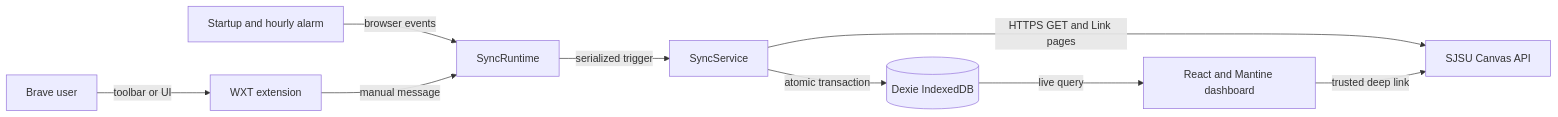
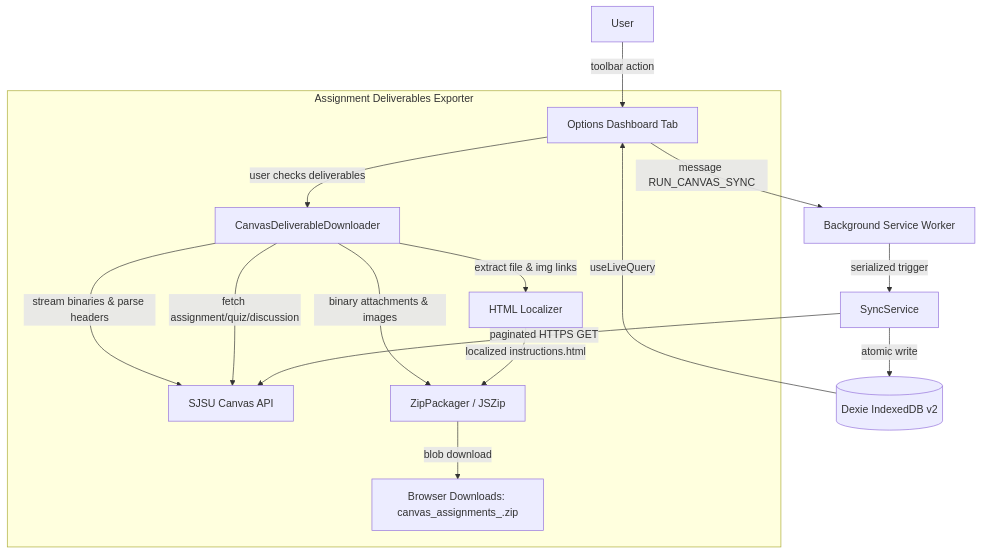
One commit to AdityaHegde712/BetterCanvasView changed the diagram in CODEBASE.md. Above: the diagram before and after it, drawn with Mermaid. The commit also changed other lines of this file and 2 other files, not shown here.

````diff
--- a/CODEBASE.md
+++ b/CODEBASE.md
@@ -23,11 +30,19 @@
 ```mermaid
-graph LR
-    User[Brave user] -->|toolbar or UI| Extension[WXT extension]
-    Alarm[Startup and hourly alarm] -->|browser events| Runtime[SyncRuntime]
-    Extension -->|manual message| Runtime
-    Runtime -->|serialized trigger| Sync[SyncService]
-    Sync -->|HTTPS GET and Link pages| Canvas[SJSU Canvas API]
-    Sync -->|atomic transaction| DB[(Dexie IndexedDB)]
-    DB -->|live query| UI[React and Mantine dashboard]
-    UI -->|trusted deep link| Canvas
+graph TD
+    User[User] -->|toolbar action| Options[Options Dashboard Tab]
+    Options -->|message RUN_CANVAS_SYNC| Background[Background Service Worker]
+    Background -->|serialized trigger| Sync[SyncService]
+    Sync -->|paginated HTTPS GET| CanvasAPI[SJSU Canvas API]
+    Sync -->|atomic write| Dexie[(Dexie IndexedDB v2)]
+    Dexie -->|useLiveQuery| Options
+
+    subgraph Export Engine [Assignment Deliverables Exporter]
+        Options -->|user checks deliverables| Downloader[CanvasDeliverableDownloader]
+        Downloader -->|fetch assignment/quiz/discussion| CanvasAPI
+        Downloader -->|extract file & img links| Localizer[HTML Localizer]
+        Downloader -->|stream binaries & parse headers| CanvasAPI
+        Localizer -->|localized instructions.html| Packager[ZipPackager / JSZip]
+        Downloader -->|binary attachments & images| Packager
+        Packager -->|blob download| Browser[Browser Downloads: canvas_assignments_<date>.zip]
+    end
 ```
````
